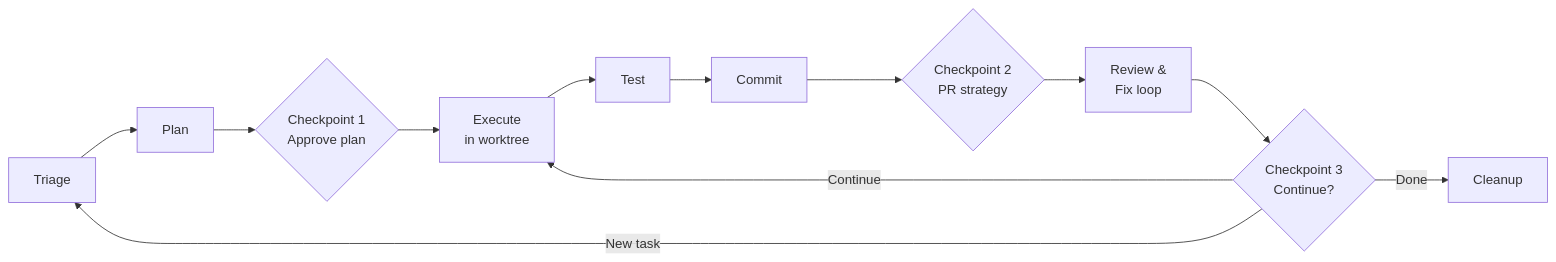
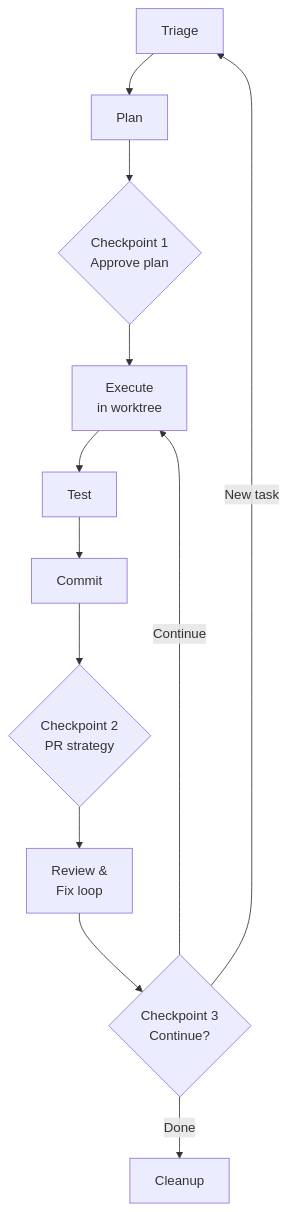
The diagram in README.md (ANaka/work-cycle), drawn with Mermaid before and after one commit. The commit also changed other lines of this file and 3 other files, not shown here.

````diff
--- a/README.md
+++ b/README.md
@@ -7,14 +24,14 @@
 ```mermaid
-graph LR
+graph TD
     A[Triage] --> B[Plan]
     B --> C{Checkpoint 1\nApprove plan}
     C --> D[Execute\nin worktree]
     D --> E[Test]
     E --> F[Commit]
     F --> G{Checkpoint 2\nPR strategy}
     G --> H[Review &\nFix loop]
     H --> I{Checkpoint 3\nContinue?}
     I -->|New task| A
     I -->|Continue| D
     I -->|Done| J[Cleanup]
 ```
````
